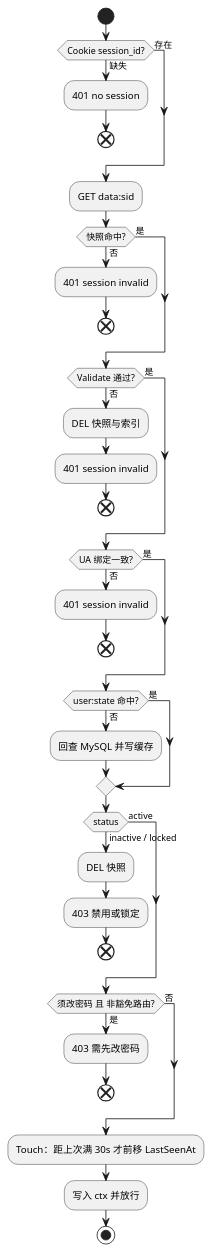
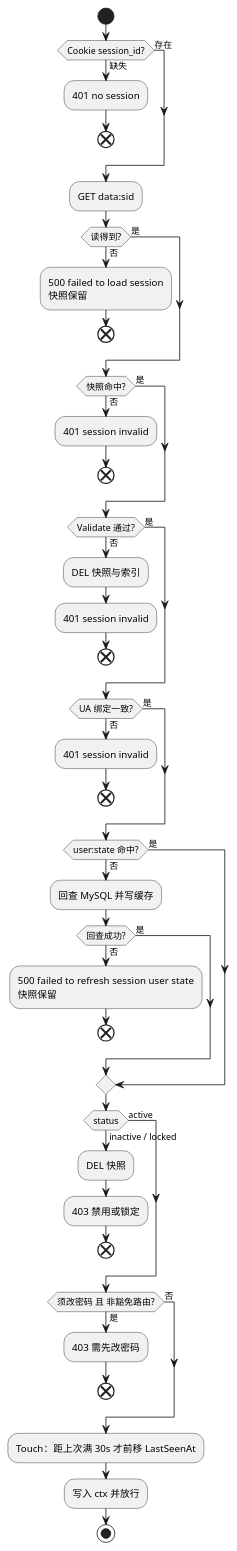
One commit to hydroan/gst changed the third of 6 diagrams in module/iam/SESSION.md. Above: the diagram before and after it, drawn with PlantUML. The commit also changed other lines of this file and 6 other files, not shown here.

First line of the commit message:
fix(iam): answer a session store or user state that cannot be read with 500 and keep the session

````diff
--- a/module/iam/SESSION.md
+++ b/module/iam/SESSION.md
@@ -114,45 +114,57 @@
 ```plantuml
 @startuml
 start
 if (Cookie session_id?) then (缺失)
   :401 no session;
   end
 else (存在)
 endif
 :GET data:sid;
+if (读得到?) then (否)
+  :500 failed to load session
+  快照保留;
+  end
+else (是)
+endif
 if (快照命中?) then (否)
   :401 session invalid;
   end
 else (是)
 endif
 if (Validate 通过?) then (否)
   :DEL 快照与索引;
   :401 session invalid;
   end
 else (是)
 endif
 if (UA 绑定一致?) then (否)
   :401 session invalid;
   end
 else (是)
 endif
 if (user:state 命中?) then (否)
   :回查 MySQL 并写缓存;
+  if (回查成功?) then (否)
+    :500 failed to refresh session user state
+    快照保留;
+    end
+  else (是)
+  endif
 else (是)
 endif
 if (status) then (inactive / locked)
   :DEL 快照;
   :403 禁用或锁定;
   end
 else (active)
 endif
 if (须改密码 且 非豁免路由?) then (是)
   :403 需先改密码;
   end
 else (否)
 endif
 :Touch：距上次满 30s 才前移 LastSeenAt;
 :写入 ctx 并放行;
 stop
 @enduml
 ```
````
